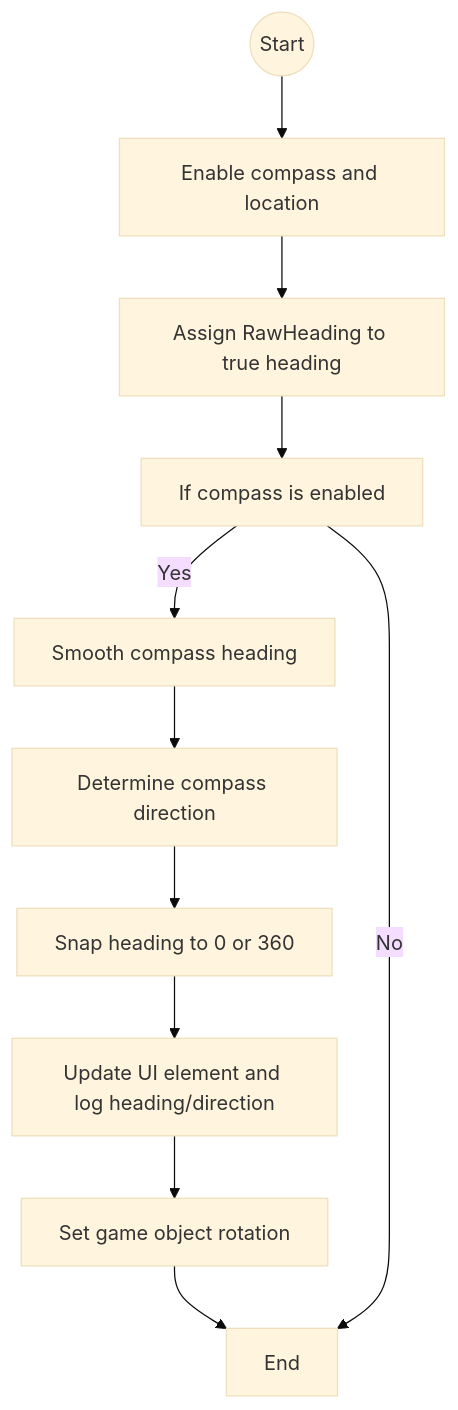
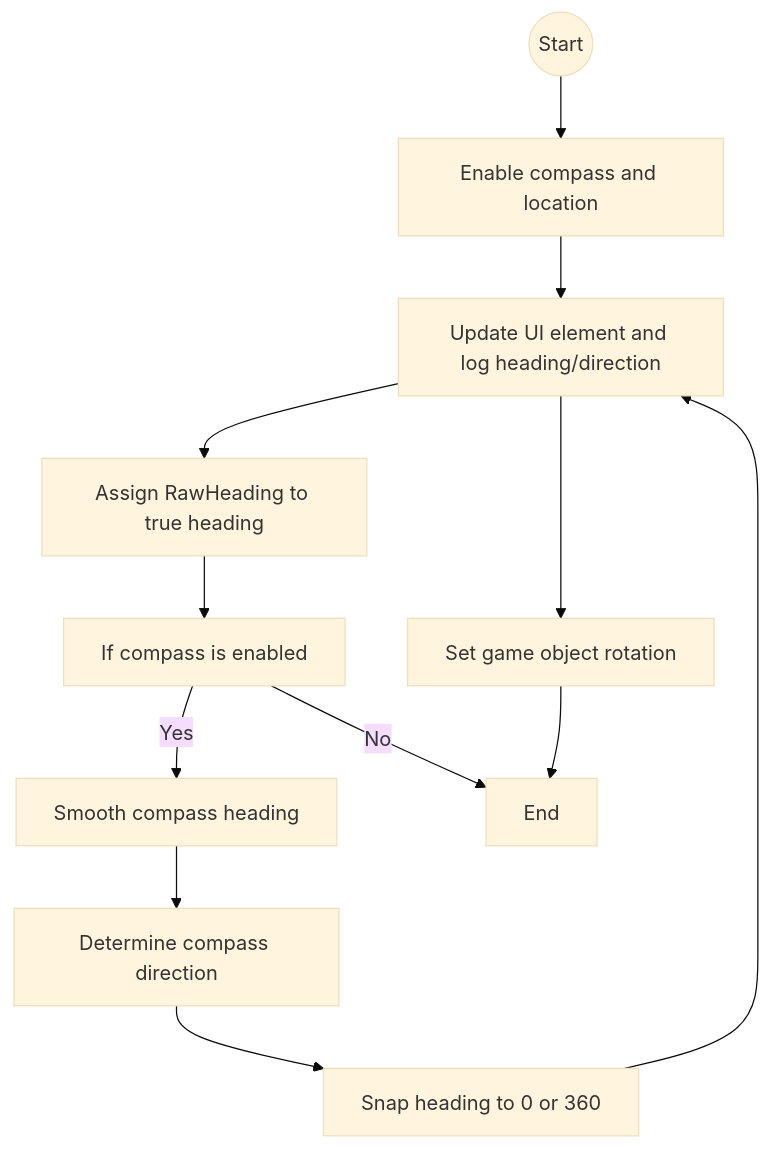
The second of 2 diagrams in README.md (Bjornraaf/Team-1-Repository), drawn with Mermaid (base theme) before and after one commit.

````diff
--- a/README.md
+++ b/README.md
@@ -42,24 +42,26 @@
 ```mermaid
 flowchart TD;
         Start((Start))
         Enable[Enable compass and location]
         RawHeading[Assign RawHeading to true heading]
+        Update((Update))
         ifEnabled[If compass is enabled]
         Smooth[Smooth compass heading]
         Determine[Determine compass direction]
         Snap[Snap heading to 0 or 360]
         Update[Update UI element and log heading/direction]
         Rotation[Set game object rotation]
         End[End]
 
         Start --> Enable
-        Enable --> RawHeading
+        Enable --> Update
+        Update --> RawHeading
         RawHeading --> ifEnabled
         ifEnabled -- Yes --> Smooth
         Smooth --> Determine
         Determine --> Snap
         Snap --> Update
         Update --> Rotation
         Rotation --> End
         ifEnabled -- No --> End
 ```
````
